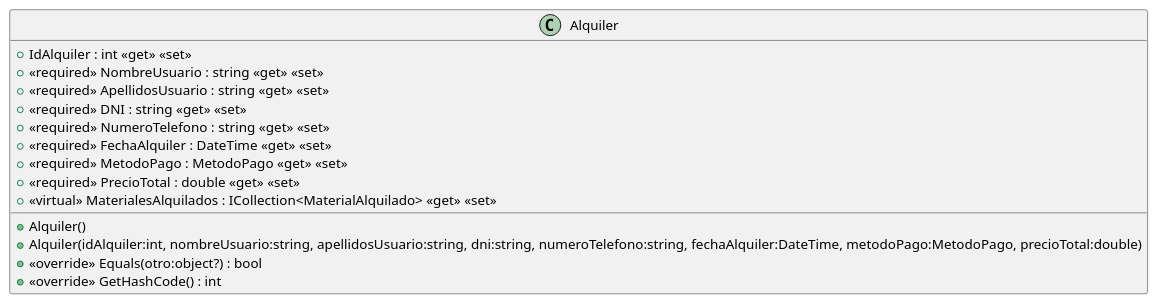
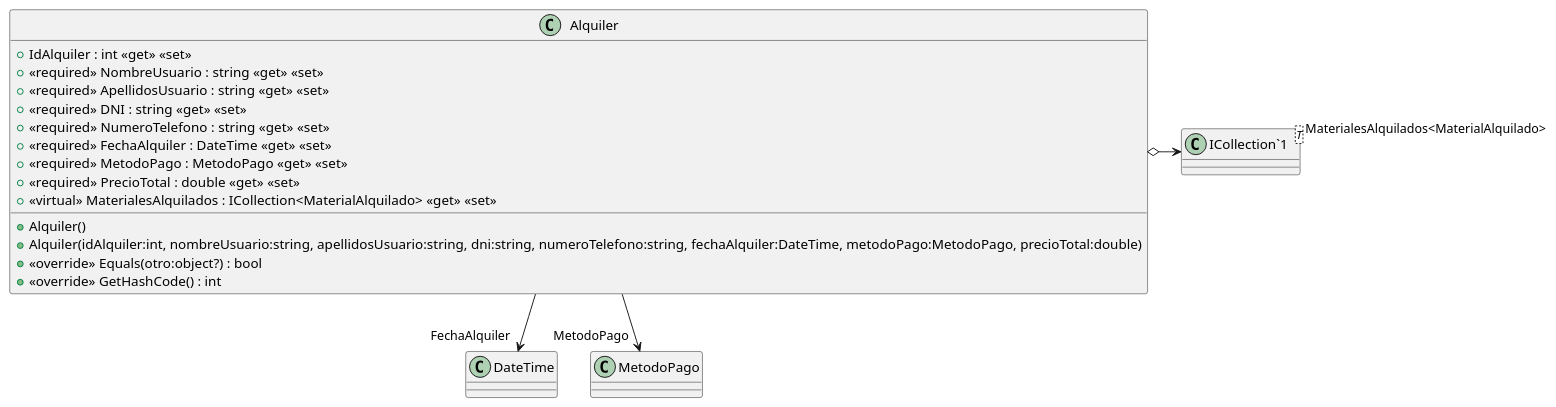
One commit to GrupoSixSeven/ISII2627GrupoSixSeven changed the diagram in src/AppForSEII.API/ClassDiagram/Alquiler.puml. Above: the diagram before and after it, drawn with PlantUML. The commit also changed 13 other files, not shown here.

First line of the commit message:
Crear diagrama CU-3 (T-29)

```diff
--- a/src/AppForSEII.API/ClassDiagram/Alquiler.puml
+++ b/src/AppForSEII.API/ClassDiagram/Alquiler.puml
@@ -1,17 +1,22 @@
 @startuml
 class Alquiler {
     + IdAlquiler : int <<get>> <<set>>
     + <<required>> NombreUsuario : string <<get>> <<set>>
     + <<required>> ApellidosUsuario : string <<get>> <<set>>
     + <<required>> DNI : string <<get>> <<set>>
     + <<required>> NumeroTelefono : string <<get>> <<set>>
     + <<required>> FechaAlquiler : DateTime <<get>> <<set>>
     + <<required>> MetodoPago : MetodoPago <<get>> <<set>>
     + <<required>> PrecioTotal : double <<get>> <<set>>
     + <<virtual>> MaterialesAlquilados : ICollection<MaterialAlquilado> <<get>> <<set>>
     + Alquiler()
     + Alquiler(idAlquiler:int, nombreUsuario:string, apellidosUsuario:string, dni:string, numeroTelefono:string, fechaAlquiler:DateTime, metodoPago:MetodoPago, precioTotal:double)
     + <<override>> Equals(otro:object?) : bool
     + <<override>> GetHashCode() : int
 }
+class "ICollection`1"<T> {
+}
+Alquiler --> "FechaAlquiler" DateTime
+Alquiler --> "MetodoPago" MetodoPago
+Alquiler o-> "MaterialesAlquilados<MaterialAlquilado>" "ICollection`1"
 @enduml
```
